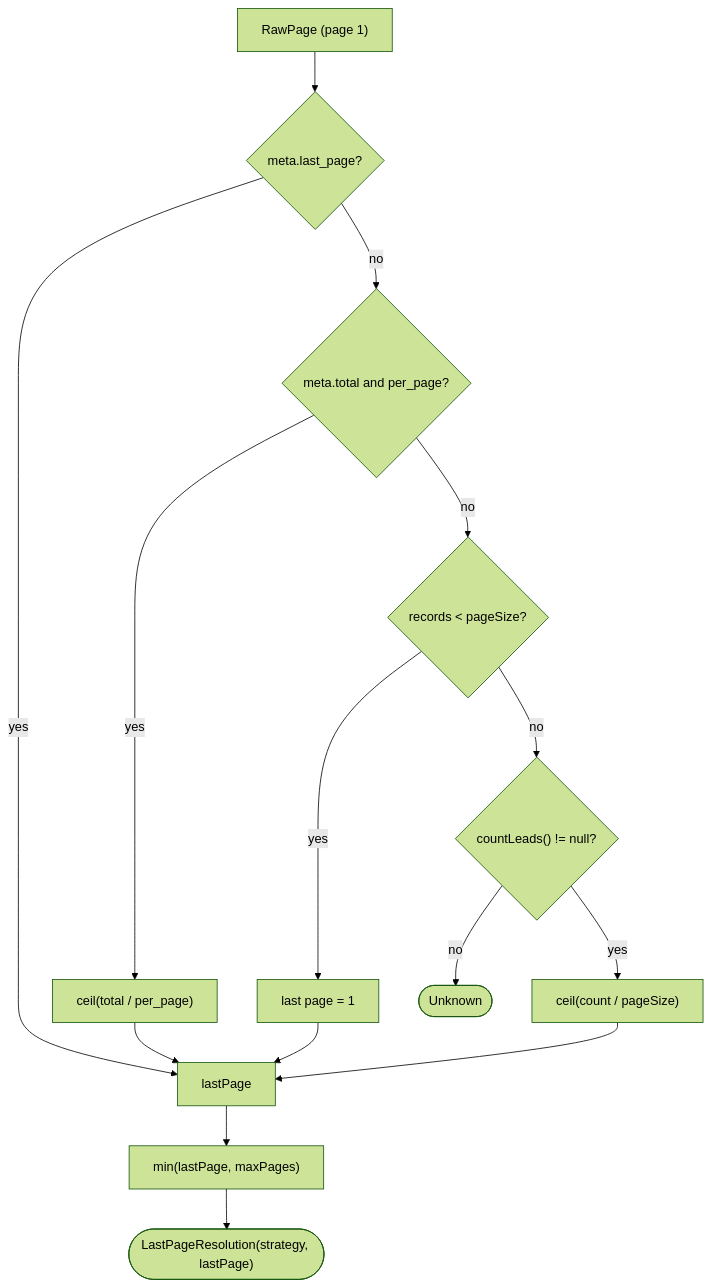
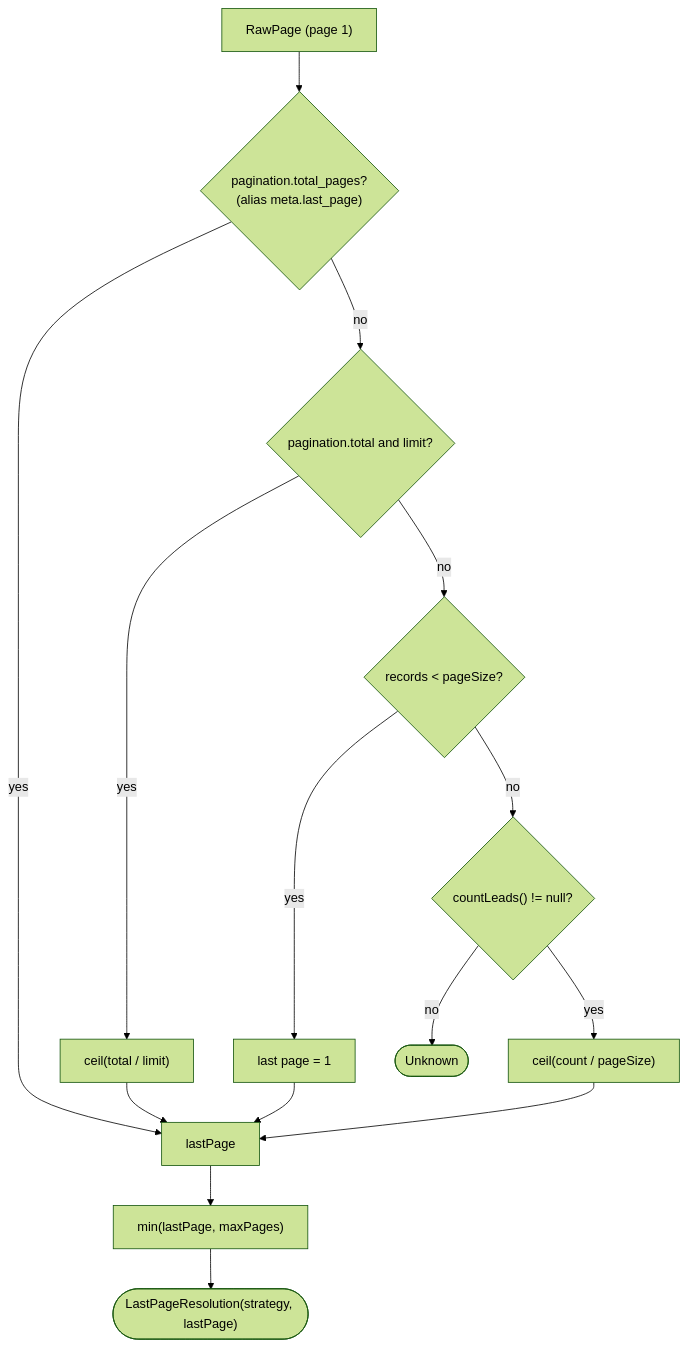
The seventh of 11 diagrams in docs/architecture.md (er-pkumar/leadscaptain-integration), drawn with Mermaid (forest theme) before and after one commit. The commit also changed other lines of this file, not shown here.

First line of the commit message:
docs: add architecture, data model and flow diagrams

````diff
--- a/docs/architecture.md
+++ b/docs/architecture.md
@@ -315,13 +367,13 @@
 ```mermaid
 flowchart TD
-    p1["RawPage (page 1)"] --> a{"meta.last_page?"}
+    p1["RawPage (page 1)"] --> a{"pagination.total_pages?<br/>(alias meta.last_page)"}
     a -- yes --> known
-    a -- no --> b{"meta.total and per_page?"}
-    b -- yes --> calc["ceil(total / per_page)"] --> known
+    a -- no --> b{"pagination.total and limit?"}
+    b -- yes --> calc["ceil(total / limit)"] --> known
     b -- no --> c{"records < pageSize?"}
     c -- yes --> one["last page = 1"] --> known
     c -- no --> d{"countLeads() != null?"}
     d -- yes --> calc2["ceil(count / pageSize)"] --> known
     d -- no --> unk(["Unknown"])
     known["lastPage"] --> cap["min(lastPage, maxPages)"] --> res(["LastPageResolution(strategy, lastPage)"])
 ```
````
